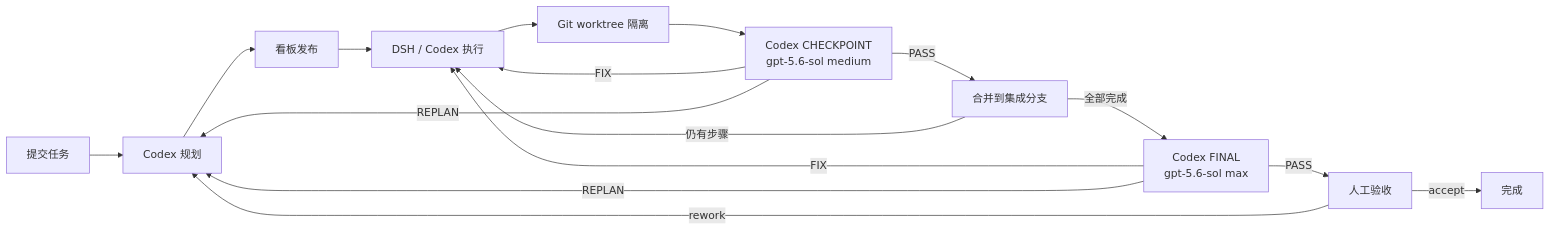
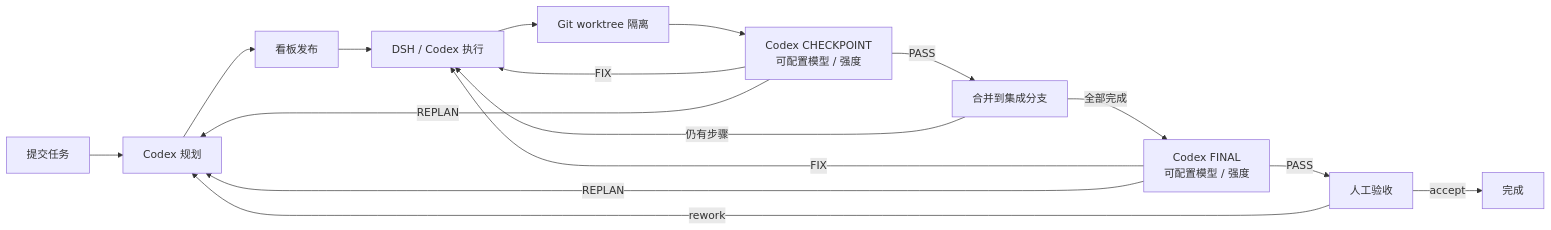
Before and after one commit to zhuzhihao991016-ui/dsh-taskflow: the diagram in README.md, drawn with Mermaid. The commit also changed other lines of this file and 22 other files, not shown here.

````diff
--- a/README.md
+++ b/README.md
@@ -9,18 +9,18 @@
 ```mermaid
 flowchart LR
     A[提交任务] --> B[Codex 规划]
     B --> C[看板发布]
     C --> D[DSH / Codex 执行]
     D --> E[Git worktree 隔离]
-    E --> F[Codex CHECKPOINT<br/>gpt-5.6-sol medium]
+    E --> F[Codex CHECKPOINT<br/>可配置模型 / 强度]
     F -->|FIX| D
     F -->|REPLAN| B
     F -->|PASS| G[合并到集成分支]
     G -->|仍有步骤| D
-    G -->|全部完成| H[Codex FINAL<br/>gpt-5.6-sol max]
+    G -->|全部完成| H[Codex FINAL<br/>可配置模型 / 强度]
     H -->|FIX| D
     H -->|REPLAN| B
     H -->|PASS| I[人工验收]
     I -->|accept| J[完成]
     I -->|rework| B
 ```
````
